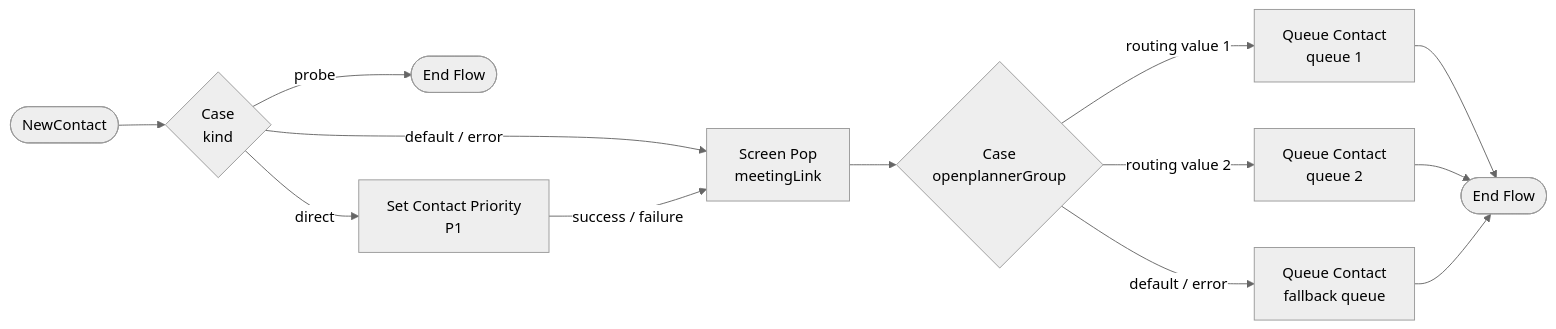
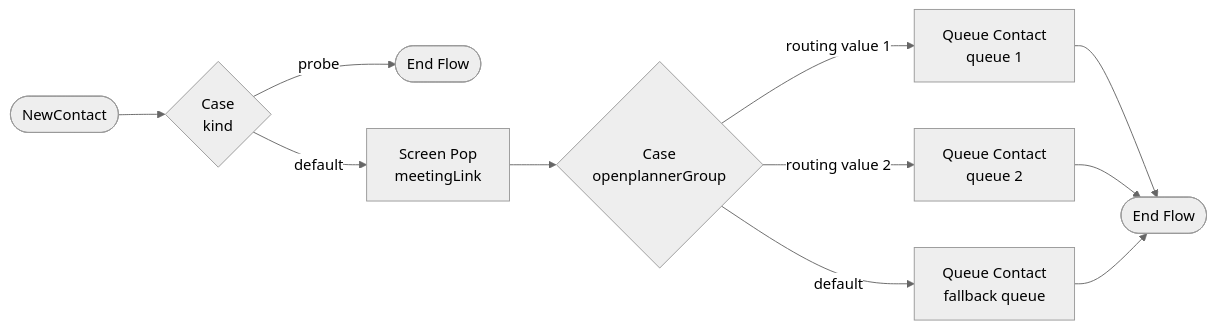
One commit to 3Corners-Labs/OpenPlanner changed the diagram in docs/wxcc-sample-flow.md. Above: the diagram before and after it, drawn with Mermaid (neutral theme). The commit also changed other lines of this file and 6 other files, not shown here.

First line of the commit message:
fix(wxcc): sample flow in the import format of Flow Designer (with diagram)

````diff
--- a/docs/wxcc-sample-flow.md
+++ b/docs/wxcc-sample-flow.md
@@ -11,15 +11,13 @@
 ```mermaid
 flowchart LR
     start([NewContact]) --> kind{Case<br/>kind}
     kind -- probe --> endProbe([End Flow])
-    kind -- direct --> prio[Set Contact Priority<br/>P1]
-    kind -- default / error --> pop
-    prio -- success / failure --> pop[Screen Pop<br/>meetingLink]
+    kind -- default --> pop[Screen Pop<br/>meetingLink]
     pop --> group{Case<br/>openplannerGroup}
     group -- "routing value 1" --> q1[Queue Contact<br/>queue 1]
     group -- "routing value 2" --> q2[Queue Contact<br/>queue 2]
-    group -- default / error --> qd[Queue Contact<br/>fallback queue]
+    group -- default --> qd[Queue Contact<br/>fallback queue]
     q1 --> done([End Flow])
     q2 --> done
     qd --> done
 ```
````
